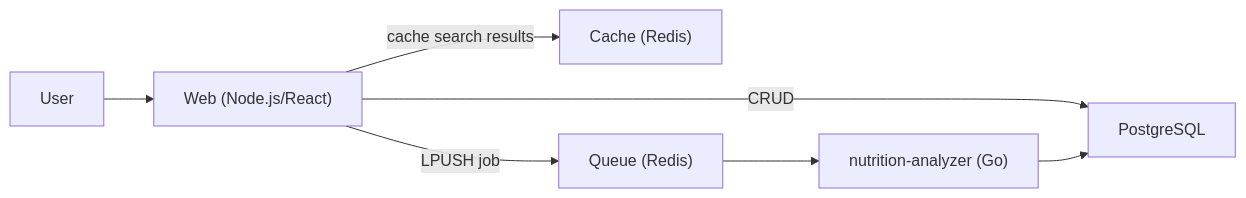
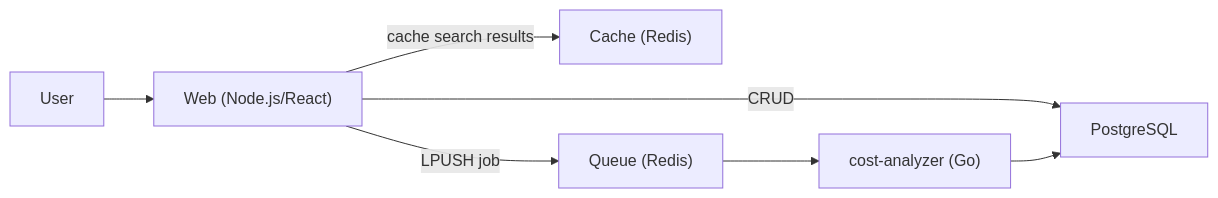
One commit to aiven-demo/inventory-manager changed the diagram in README.md. Above: the diagram before and after it, drawn with Mermaid. The commit also changed other lines of this file and 23 other files, not shown here.

````diff
--- a/README.md
+++ b/README.md
@@ -7,9 +7,9 @@
 ```mermaid
 flowchart LR
     User --> Web["Web (Node.js/React)"]
     Web -- CRUD --> PostgreSQL
     Web -- cache search results --> Cache["Cache (Redis)"]
     Web -- LPUSH job --> Queue["Queue (Redis)"]
-    Queue --> Analyzer["nutrition-analyzer (Go)"]
+    Queue --> Analyzer["cost-analyzer (Go)"]
     Analyzer --> PostgreSQL
 ```
````
